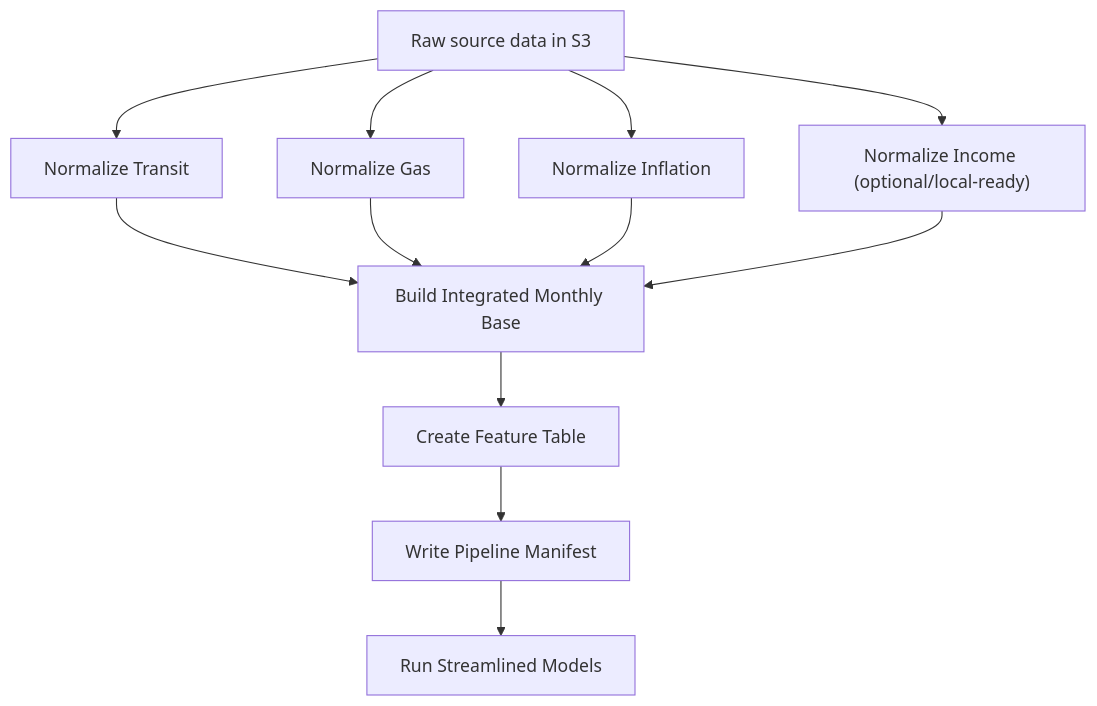
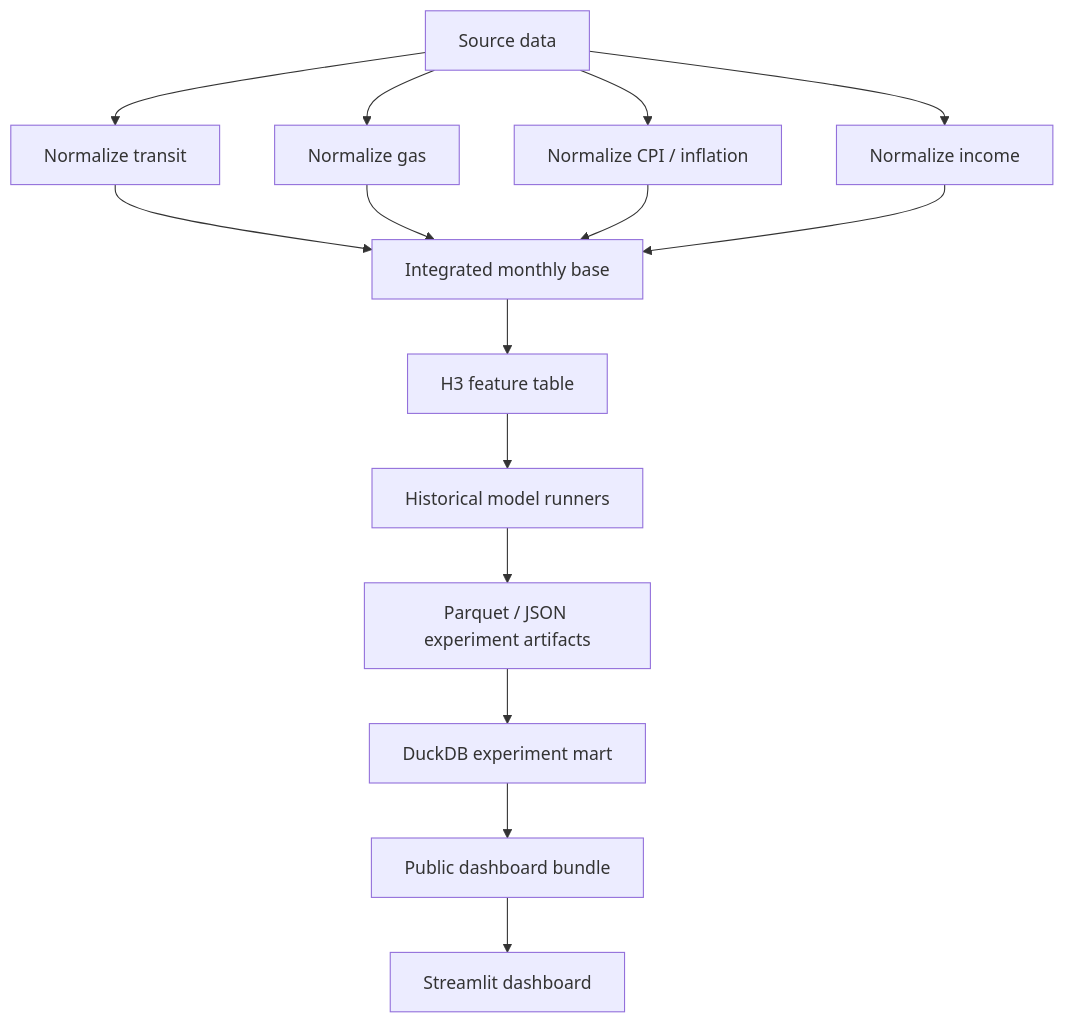
The diagram in README.md (jon171137/transit-ml-pipeline), drawn with Mermaid before and after one commit. The commit also changed other lines of this file and 10 other files, not shown here.

````diff
--- a/README.md
+++ b/README.md
@@ -29,14 +61,17 @@
 ```mermaid
 flowchart TD
-    A["Raw source data in S3"] --> B["Normalize Transit"]
-    A --> C["Normalize Gas"]
-    A --> D["Normalize Inflation"]
-    A --> I["Normalize Income (optional/local-ready)"]
-    B --> E["Build Integrated Monthly Base"]
-    C --> E
-    D --> E
-    I --> E
-    E --> F["Create Feature Table"]
-    F --> G["Write Pipeline Manifest"]
-    G --> H["Run Streamlined Models"]
+    A["Source data"] --> B["Normalize transit"]
+    A --> C["Normalize gas"]
+    A --> D["Normalize CPI / inflation"]
+    A --> E["Normalize income"]
+    B --> F["Integrated monthly base"]
+    C --> F
+    D --> F
+    E --> F
+    F --> G["H3 feature table"]
+    G --> H["Historical model runners"]
+    H --> I["Parquet / JSON experiment artifacts"]
+    I --> J["DuckDB experiment mart"]
+    J --> K["Public dashboard bundle"]
+    K --> L["Streamlit dashboard"]
 ```
````
